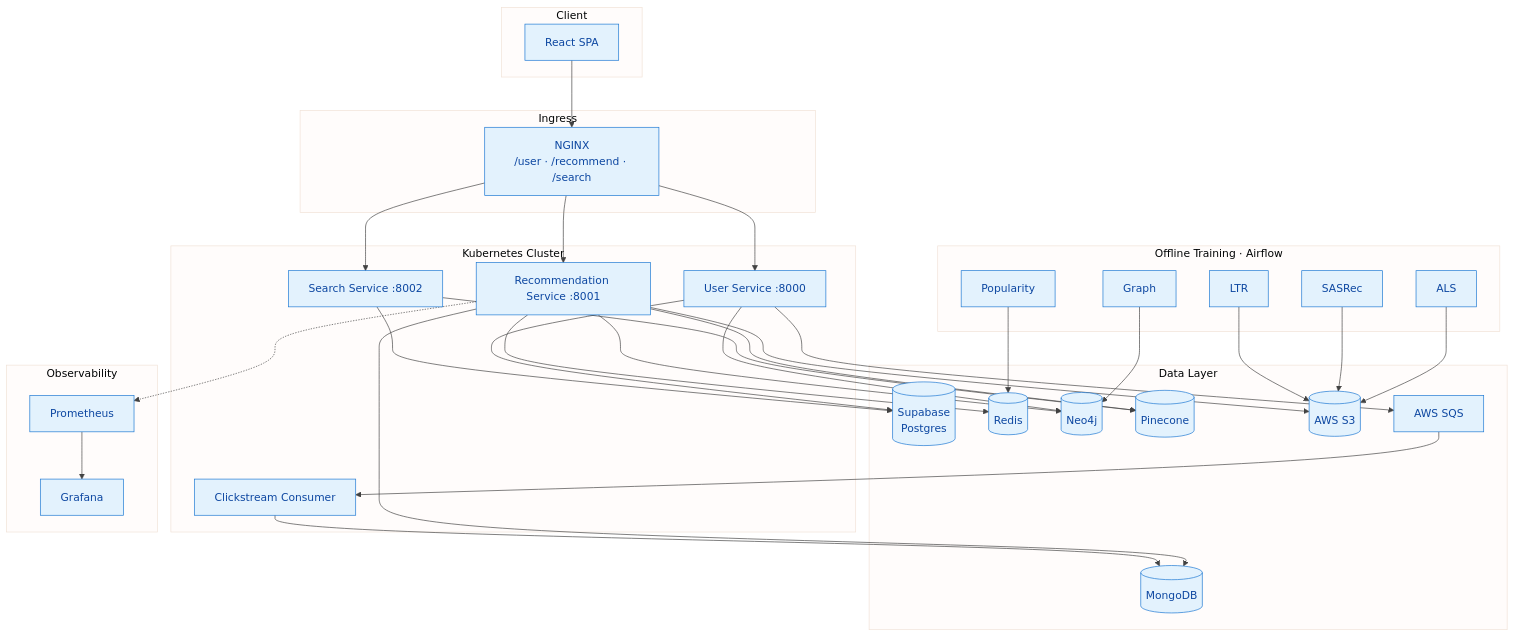
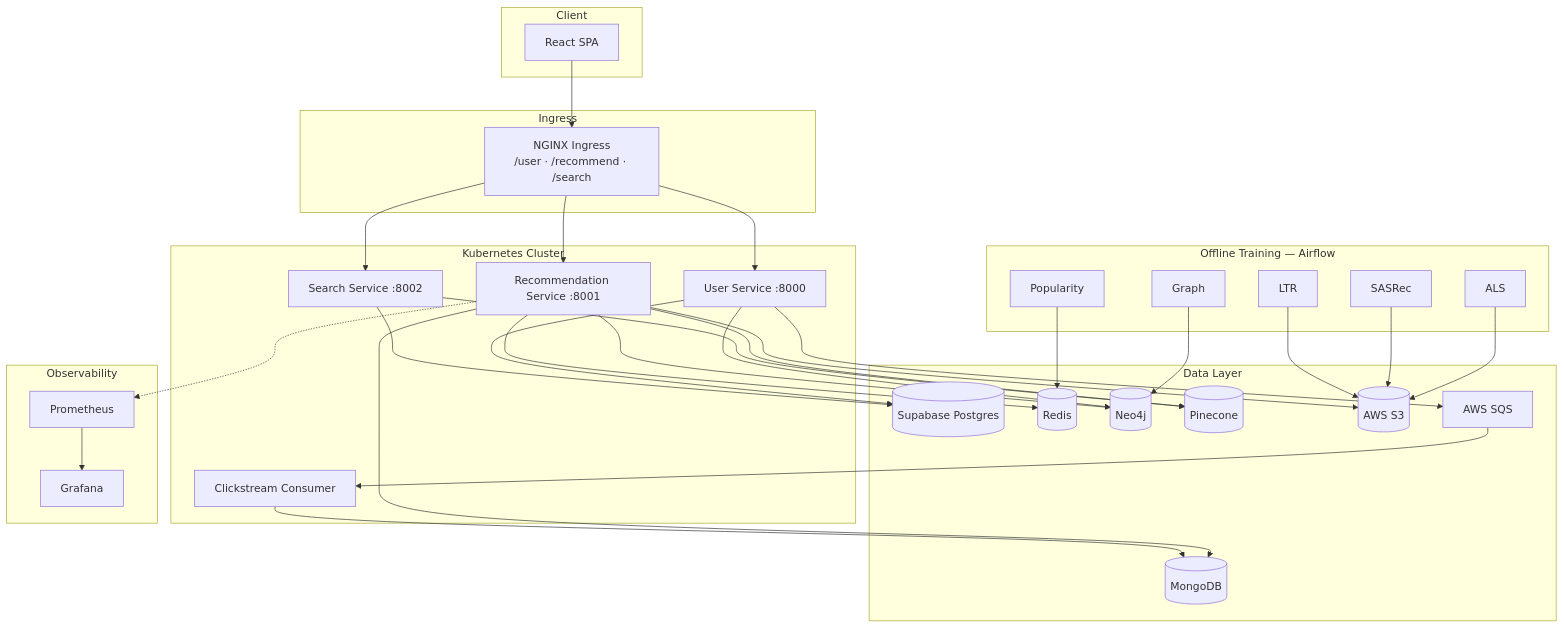
Before and after one commit to RAAHUL-tech/BibliophileAI: the first of 2 diagrams in README.md, drawn with Mermaid. The commit also changed other lines of this file, not shown here.

````diff
--- a/README.md
+++ b/README.md
@@ -51,46 +51,45 @@
 ```mermaid
-%%{init: {'theme':'base', 'themeVariables': { 'primaryColor':'#E3F2FD', 'primaryTextColor':'#0D47A1', 'primaryBorderColor':'#1976D2', 'lineColor':'#424242'}}}%%
 flowchart TB
     subgraph Client
         SPA["React SPA"]
     end
     subgraph Ingress
-        NGINX["NGINX\n/user · /recommend · /search"]
+        NGINX["NGINX Ingress<br/>/user · /recommend · /search"]
     end
     subgraph K8s["Kubernetes Cluster"]
         US["User Service :8000"]
         RS["Recommendation Service :8001"]
         SS["Search Service :8002"]
         CC["Clickstream Consumer"]
     end
     subgraph Data["Data Layer"]
-        PG[("Supabase\nPostgres")]
+        PG[("Supabase Postgres")]
         RD[("Redis")]
         N4J[("Neo4j")]
         PC[("Pinecone")]
         MG[("MongoDB")]
         S3[("AWS S3")]
         SQS["AWS SQS"]
     end
-    subgraph Training["Offline Training · Airflow"]
-        ALS["ALS"] 
+    subgraph Training["Offline Training — Airflow"]
+        ALS["ALS"]
         GR["Graph"]
         SR["SASRec"]
         POP["Popularity"]
         LTR["LTR"]
     end
     subgraph Monitor["Observability"]
         Prom["Prometheus"]
         Graf["Grafana"]
     end
 
     SPA --> NGINX --> US & RS & SS
     US --> PG & N4J & SQS
     RS --> RD & N4J & PC & MG & S3
     SS --> PC & PG
     SQS --> CC --> MG
     ALS & SR & LTR --> S3
     GR --> N4J
     POP --> RD
     RS -.-> Prom --> Graf
 ```
````
